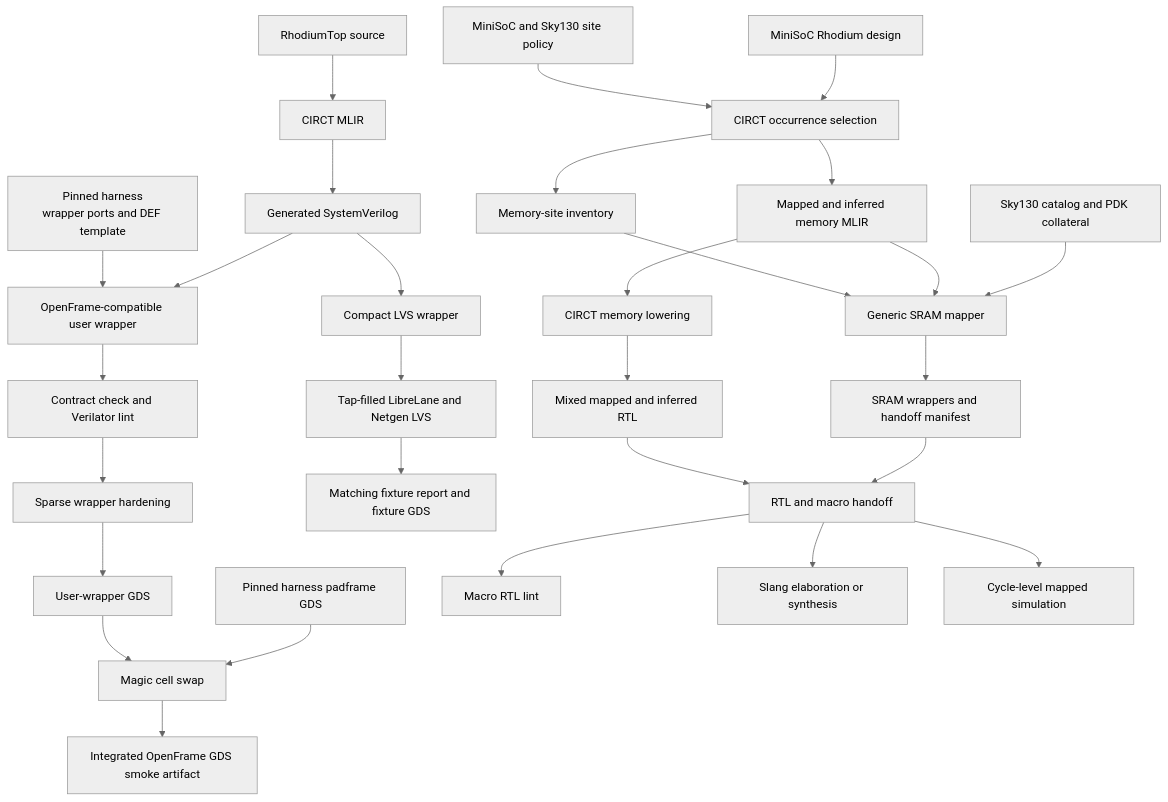
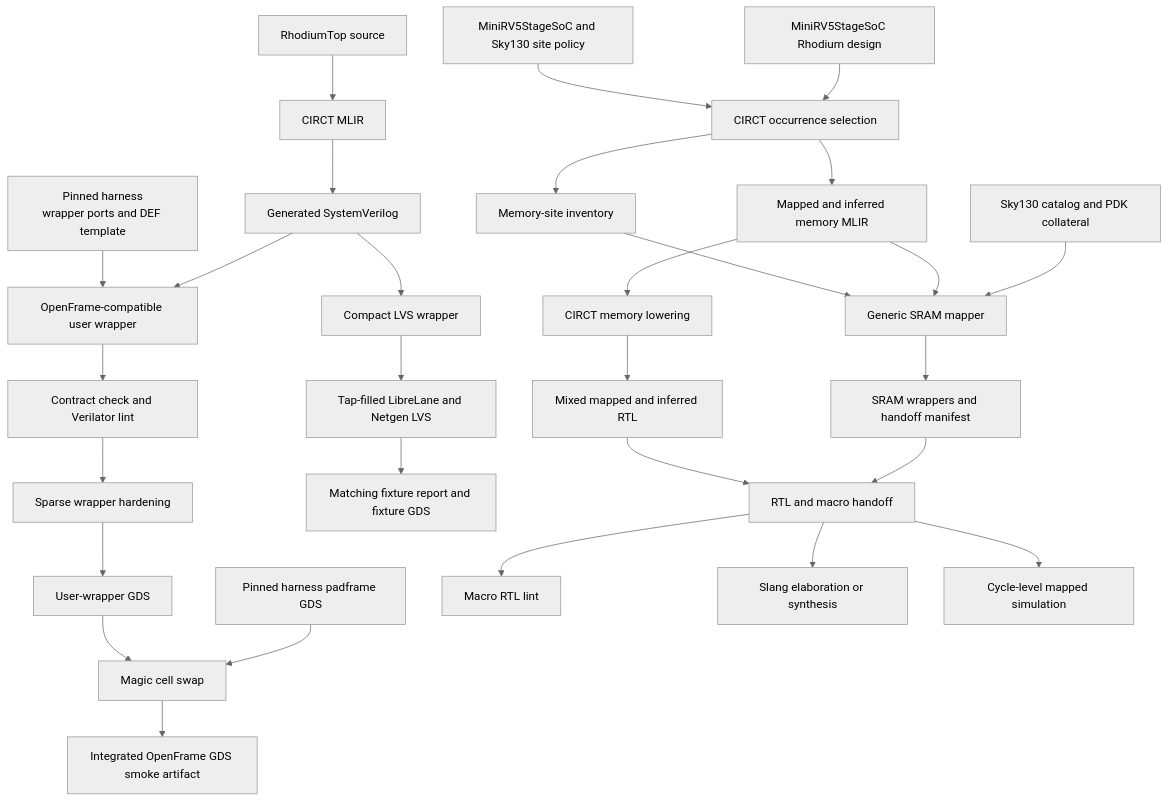
One commit to jerryz123/rhodium changed the diagram in vlsi/README.md. Above: the diagram before and after it, drawn with Mermaid (neutral theme). The commit also changed other lines of this file and 97 other files, not shown here.

````diff
--- a/vlsi/README.md
+++ b/vlsi/README.md
@@ -23,30 +23,30 @@
 ```mermaid
 flowchart TD
   rhodiumLeaf["RhodiumTop source"] --> leafMlir["CIRCT MLIR"] --> leafRtl["Generated SystemVerilog"]
 
   leafRtl --> openframeWrapper["OpenFrame-compatible user wrapper"]
   harnessContract["Pinned harness<br/>wrapper ports and DEF template"] --> openframeWrapper
   openframeWrapper --> rtlCheck["Contract check and Verilator lint"]
   rtlCheck --> sparseHarden["Sparse wrapper hardening"]
   sparseHarden --> wrapperGds["User-wrapper GDS"]
   padframeGds["Pinned harness padframe GDS"] --> cellSwap["Magic cell swap"]
   wrapperGds --> cellSwap --> integratedGds["Integrated OpenFrame GDS smoke artifact"]
 
   leafRtl --> lvsWrapper["Compact LVS wrapper"] --> lvsFlow["Tap-filled LibreLane and Netgen LVS"]
   lvsFlow --> lvsProof["Matching fixture report and fixture GDS"]
 
-  miniSoc["MiniSoC Rhodium design"] --> sitePass["CIRCT occurrence selection"]
-  sitePolicy["MiniSoC and Sky130 site policy"] --> sitePass
+  miniSoc["MiniRV5StageSoC Rhodium design"] --> sitePass["CIRCT occurrence selection"]
+  sitePolicy["MiniRV5StageSoC and Sky130 site policy"] --> sitePass
   sitePass --> mappedMlir["Mapped and inferred memory MLIR"]
   sitePass --> siteInventory["Memory-site inventory"]
   macroCatalog["Sky130 catalog and PDK collateral"] --> mapper["Generic SRAM mapper"]
   mappedMlir --> mapper
   siteInventory --> mapper
   mapper --> mapperArtifacts["SRAM wrappers and handoff manifest"]
   mappedMlir --> rtlLowering["CIRCT memory lowering"] --> mixedRtl["Mixed mapped and inferred RTL"]
   mapperArtifacts --> mappedArtifacts["RTL and macro handoff"]
   mixedRtl --> mappedArtifacts
   mappedArtifacts --> mappedLint["Macro RTL lint"]
   mappedArtifacts --> mappedSynth["Slang elaboration or synthesis"]
   mappedArtifacts --> mappedSim["Cycle-level mapped simulation"]
 ```
````
